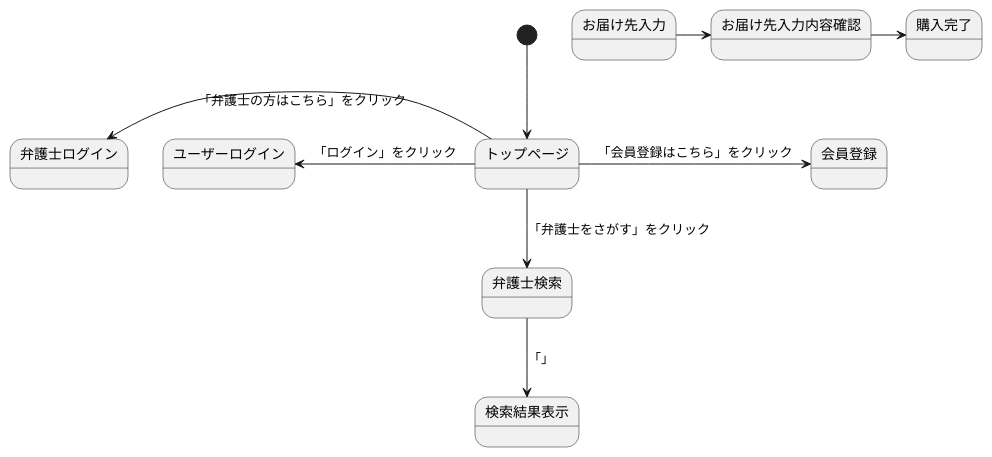
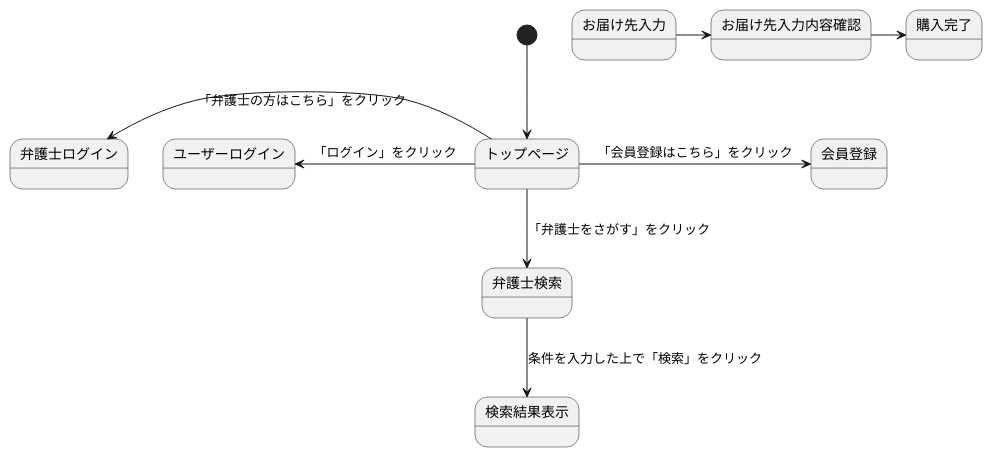
One commit to Aso2001374/2021sys-design changed the diagram in 0524kadai.md. Above: the diagram before and after it, drawn with PlantUML.

````diff
--- a/0524kadai.md
+++ b/0524kadai.md
@@ -1,12 +1,12 @@
 ```uml
 @startuml
 [*] --> トップページ
 トップページ -> 会員登録:「会員登録はこちら」をクリック
 トップページ -left-> ユーザーログイン:「ログイン」をクリック
 トップページ -left-> 弁護士ログイン:「弁護士の方はこちら」をクリック
 トップページ --> 弁護士検索:「弁護士をさがす」をクリック
-弁護士検索 --> 検索結果表示:「」
+弁護士検索 --> 検索結果表示:条件を入力した上で「検索」をクリック
 お届け先入力 -> お届け先入力内容確認
 お届け先入力内容確認 -> 購入完了
 @enduml
 ```
````
